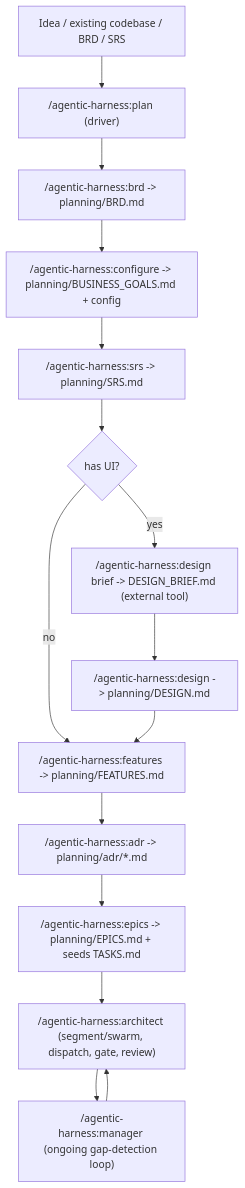
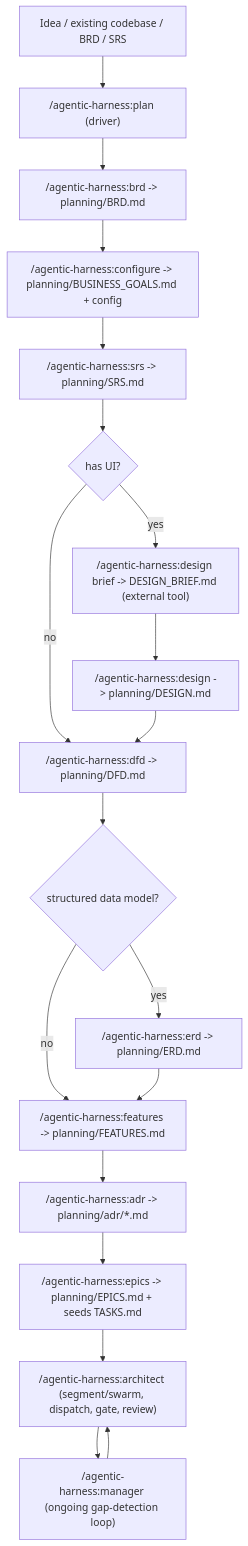
Before and after one commit to kabinh07/agentic-harness: the diagram in docs/BRD_TO_LLF_FLOW.md, drawn with Mermaid. The commit also changed other lines of this file and 18 other files, not shown here.

Commit message:
[ADDED] dfd and erd

````diff
--- a/docs/BRD_TO_LLF_FLOW.md
+++ b/docs/BRD_TO_LLF_FLOW.md
@@ -26,17 +26,21 @@
 ```mermaid
 flowchart TD
     A[Idea / existing codebase / BRD / SRS] --> P["/agentic-harness:plan (driver)"]
     P --> B["/agentic-harness:brd -> planning/BRD.md"]
     B --> C["/agentic-harness:configure -> planning/BUSINESS_GOALS.md + config"]
     C --> D["/agentic-harness:srs -> planning/SRS.md"]
     D --> E{"has UI?"}
     E -- yes --> F1["/agentic-harness:design brief -> DESIGN_BRIEF.md (external tool)"]
     F1 --> F2["/agentic-harness:design -> planning/DESIGN.md"]
-    E -- no --> G
-    F2 --> G["/agentic-harness:features -> planning/FEATURES.md"]
+    E -- no --> G0
+    F2 --> G0["/agentic-harness:dfd -> planning/DFD.md"]
+    G0 --> H0{"structured data model?"}
+    H0 -- yes --> H1["/agentic-harness:erd -> planning/ERD.md"]
+    H0 -- no --> G
+    H1 --> G["/agentic-harness:features -> planning/FEATURES.md"]
     G --> H["/agentic-harness:adr -> planning/adr/*.md"]
     H --> I["/agentic-harness:epics -> planning/EPICS.md + seeds TASKS.md"]
     I --> J["/agentic-harness:architect (segment/swarm, dispatch, gate, review)"]
     J --> K["/agentic-harness:manager (ongoing gap-detection loop)"]
     K --> J
 ```
````
